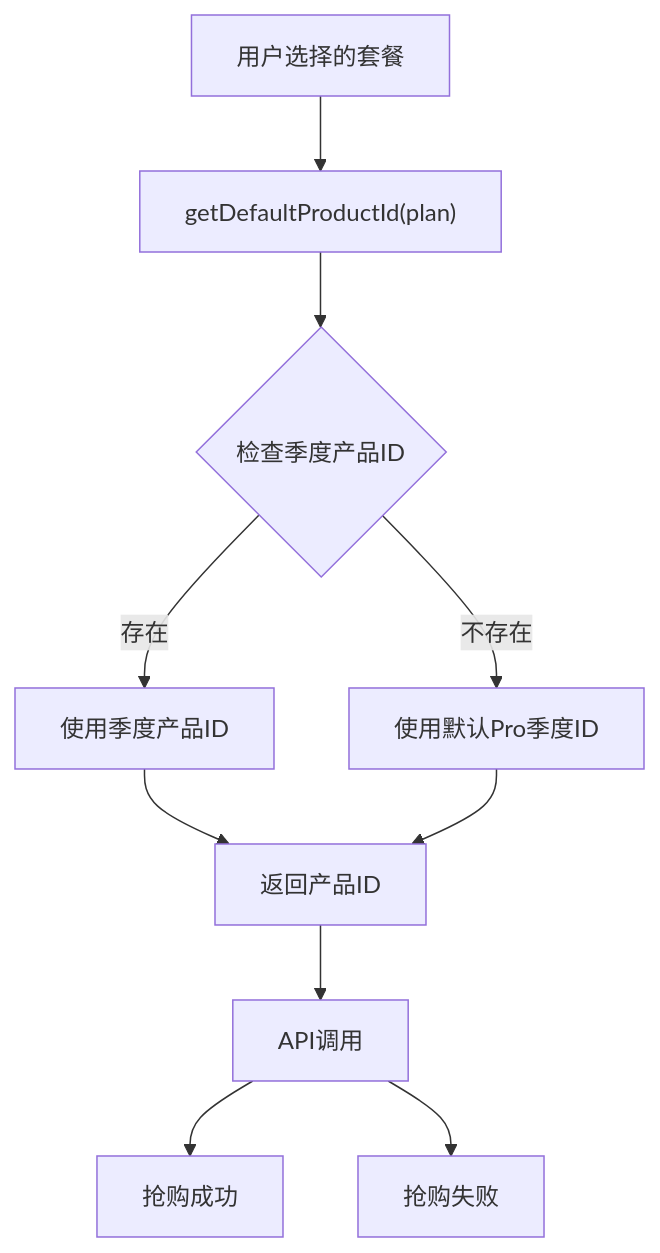
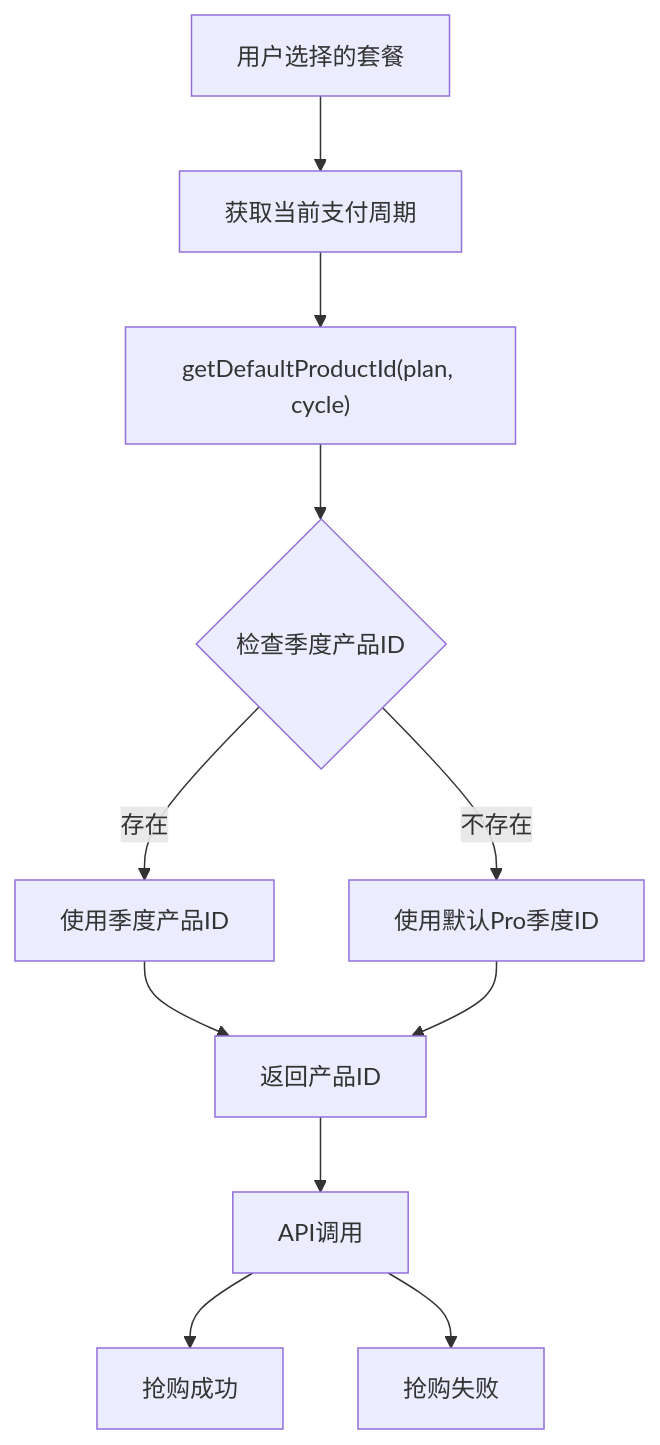
The seventh of 13 diagrams in .qoder/repowiki/zh/content/项目概述/核心功能特性/套餐选择系统.md (16499259-oss/GLM-sniper), drawn with Mermaid before and after one commit. The commit also changed other lines of this file and 9 other files, not shown here.

````diff
--- a/.qoder/repowiki/zh/content/项目概述/核心功能特性/套餐选择系统.md
+++ b/.qoder/repowiki/zh/content/项目概述/核心功能特性/套餐选择系统.md
@@ -273,12 +308,13 @@
 ```mermaid
 flowchart TD
-UserPlan[用户选择的套餐] --> GetDefault["getDefaultProductId(plan)"]
+UserPlan[用户选择的套餐] --> GetUserCycle["获取当前支付周期"]
+GetUserCycle --> GetDefault["getDefaultProductId(plan, cycle)"]
 GetDefault --> CheckQuarterly{"检查季度产品ID"}
 CheckQuarterly --> |存在| UseQuarterly["使用季度产品ID"]
 CheckQuarterly --> |不存在| UseFallback["使用默认Pro季度ID"]
 UseQuarterly --> ReturnID["返回产品ID"]
 UseFallback --> ReturnID
 ReturnID --> ApiCall["API调用"]
 ApiCall --> Success["抢购成功"]
 ApiCall --> Error["抢购失败"]
 ```
````
